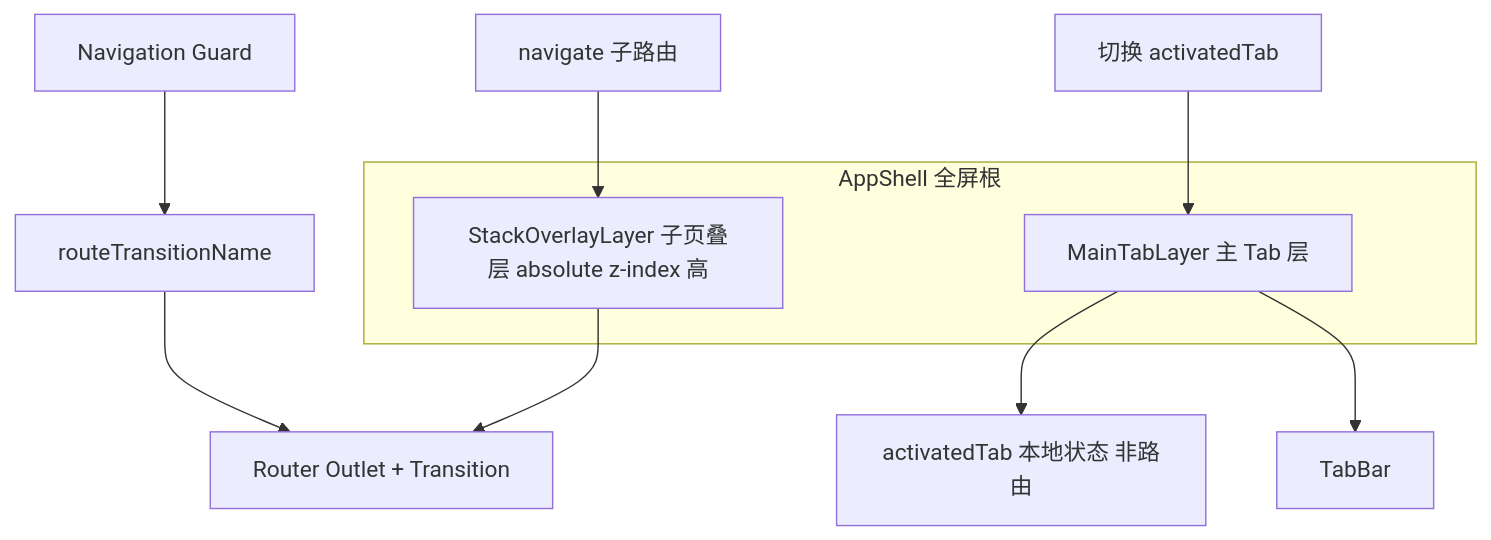
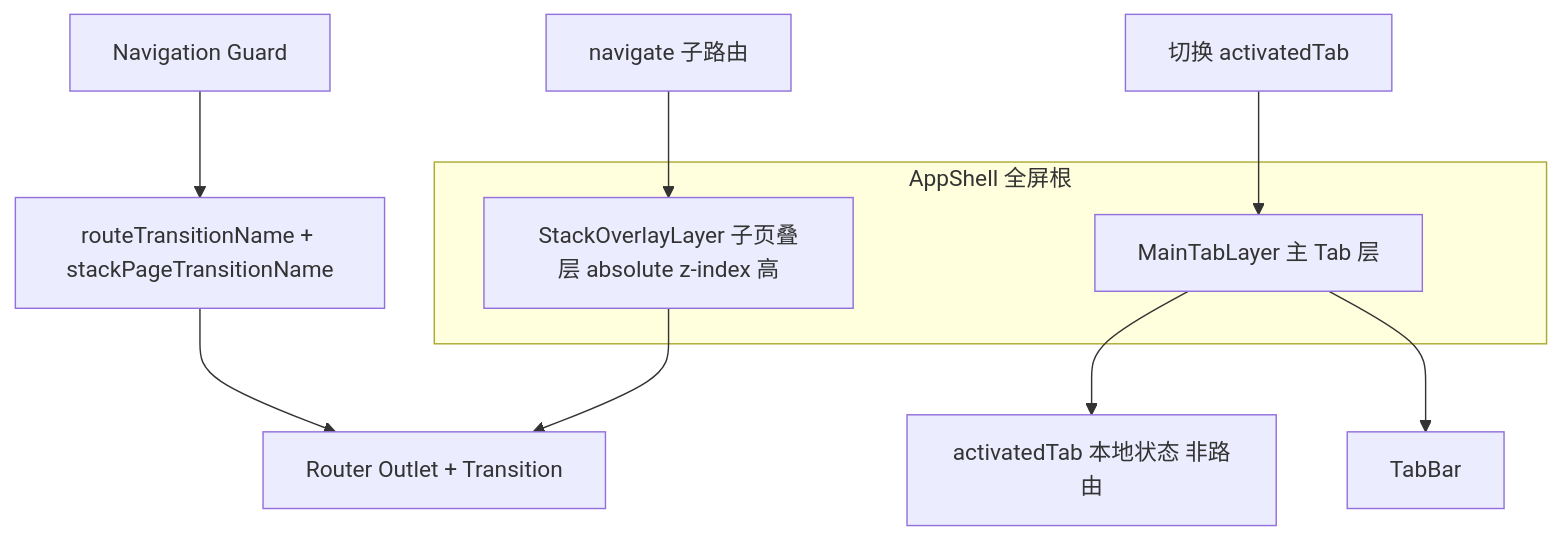
One commit to DiclZYY/code-helper-skills changed the diagram in skills/spa-native-app-framework/SKILL.md. Above: the diagram before and after it, drawn with Mermaid. The commit also changed other lines of this file and 2 other files, not shown here.

Commit message:
fix: update version to 0.1.5 and enhance transition handling in SPA framework

````diff
--- a/skills/spa-native-app-framework/SKILL.md
+++ b/skills/spa-native-app-framework/SKILL.md
@@ -34,14 +34,14 @@
 ```mermaid
 flowchart TB
   subgraph shell ["AppShell 全屏根"]
     mainTabLayer["MainTabLayer 主 Tab 层"]
     stackOverlayLayer["StackOverlayLayer 子页叠层 absolute z-index 高"]
   end
   mainTabLayer --> tabState["activatedTab 本地状态 非路由"]
   mainTabLayer --> tabBar["TabBar"]
   stackOverlayLayer --> routeOutlet["Router Outlet + Transition"]
-  navGuard["Navigation Guard"] --> transitionStore["routeTransitionName"]
+  navGuard["Navigation Guard"] --> transitionStore["routeTransitionName + stackPageTransitionName"]
   transitionStore --> routeOutlet
   pushNav["navigate 子路由"] --> stackOverlayLayer
   tabNav["切换 activatedTab"] --> mainTabLayer
 ```
````
